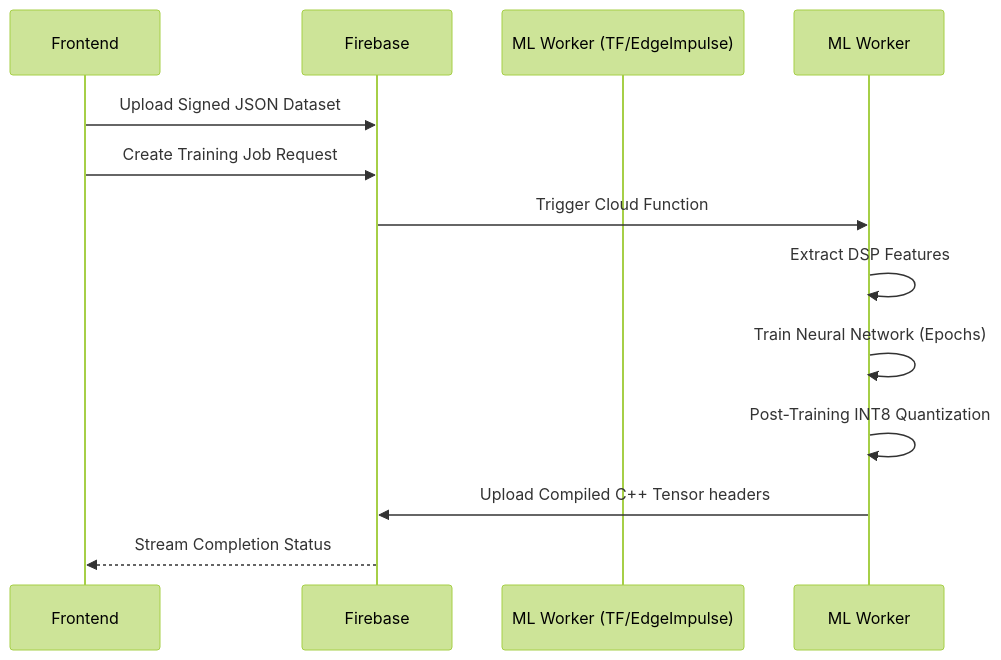
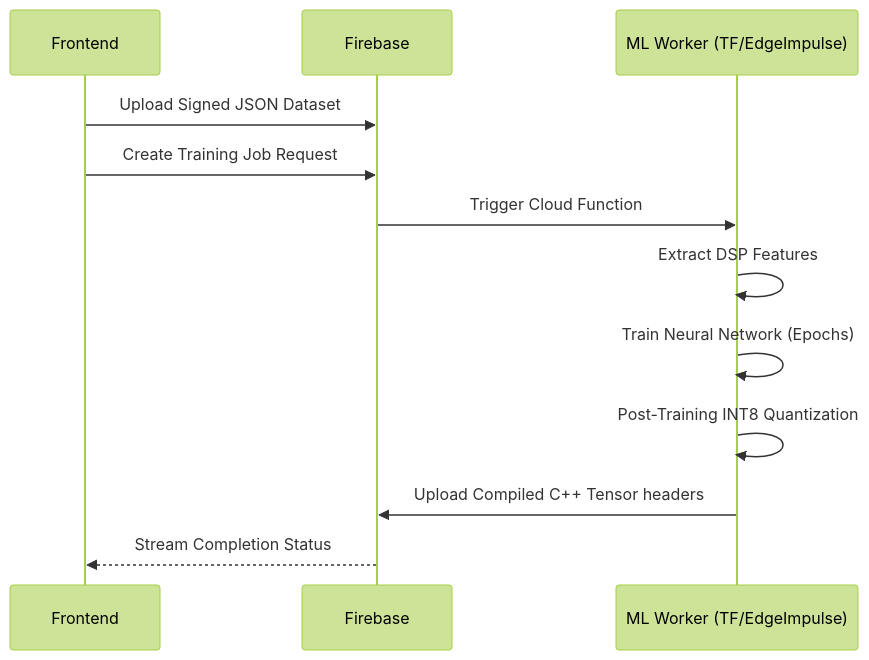
One commit to AnasWagih25/BitBlock changed the second of 2 diagrams in README.md. Above: the diagram before and after it, drawn with Mermaid (forest theme). The commit also changed other lines of this file and 1 other file, not shown here.

Commit message:
docs: update README assets and optimize Mermaid diagram syntax

````diff
--- a/README.md
+++ b/README.md
@@ -50,15 +50,15 @@
 ```mermaid
 sequenceDiagram
     participant Frontend
     participant Firebase
-    participant ML Worker (TF/EdgeImpulse)
+    participant MLWorker as ML Worker (TF/EdgeImpulse)
     
     Frontend->>Firebase: Upload Signed JSON Dataset
     Frontend->>Firebase: Create Training Job Request
-    Firebase->>ML Worker: Trigger Cloud Function
-    ML Worker->>ML Worker: Extract DSP Features
-    ML Worker->>ML Worker: Train Neural Network (Epochs)
-    ML Worker->>ML Worker: Post-Training INT8 Quantization
-    ML Worker->>Firebase: Upload Compiled C++ Tensor headers
+    Firebase->>MLWorker: Trigger Cloud Function
+    MLWorker->>MLWorker: Extract DSP Features
+    MLWorker->>MLWorker: Train Neural Network (Epochs)
+    MLWorker->>MLWorker: Post-Training INT8 Quantization
+    MLWorker->>Firebase: Upload Compiled C++ Tensor headers
     Firebase-->>Frontend: Stream Completion Status
 ```
````
